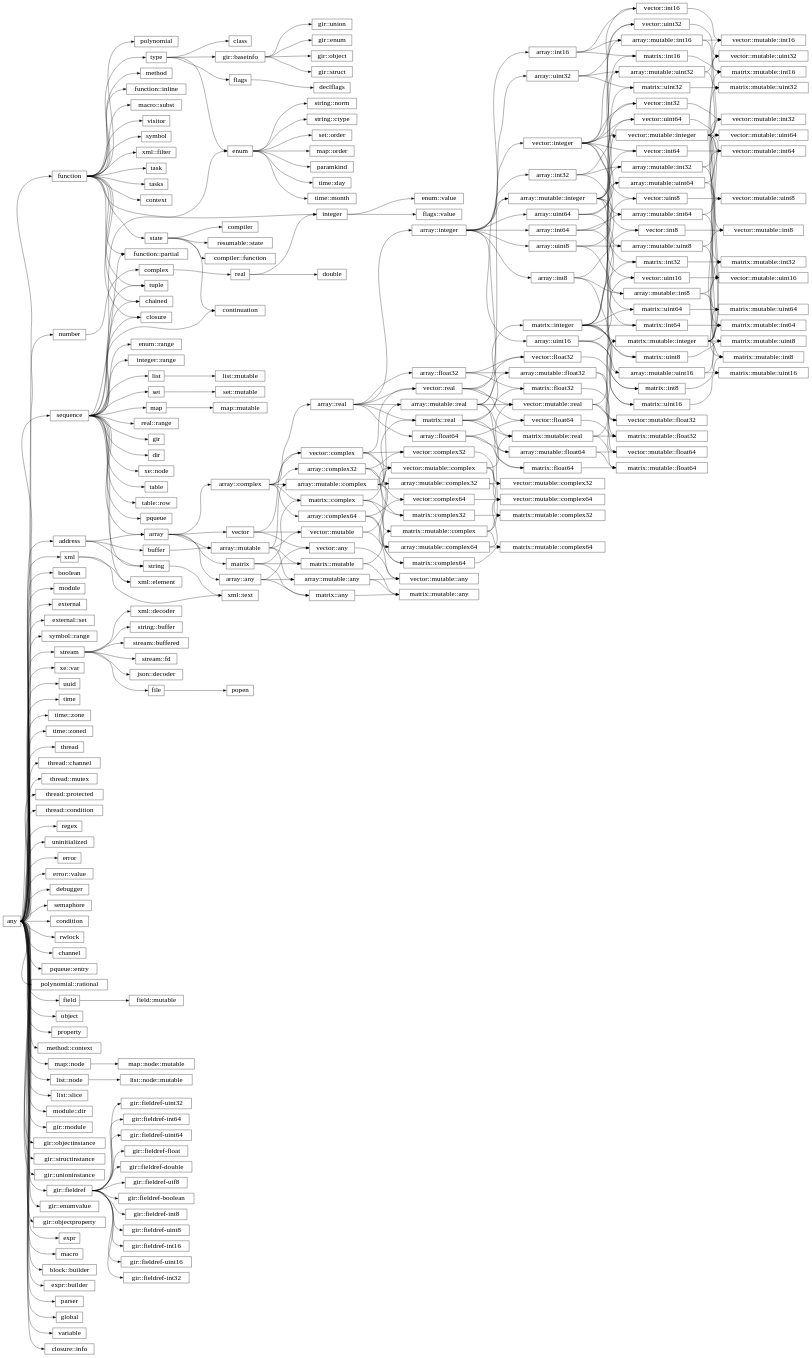
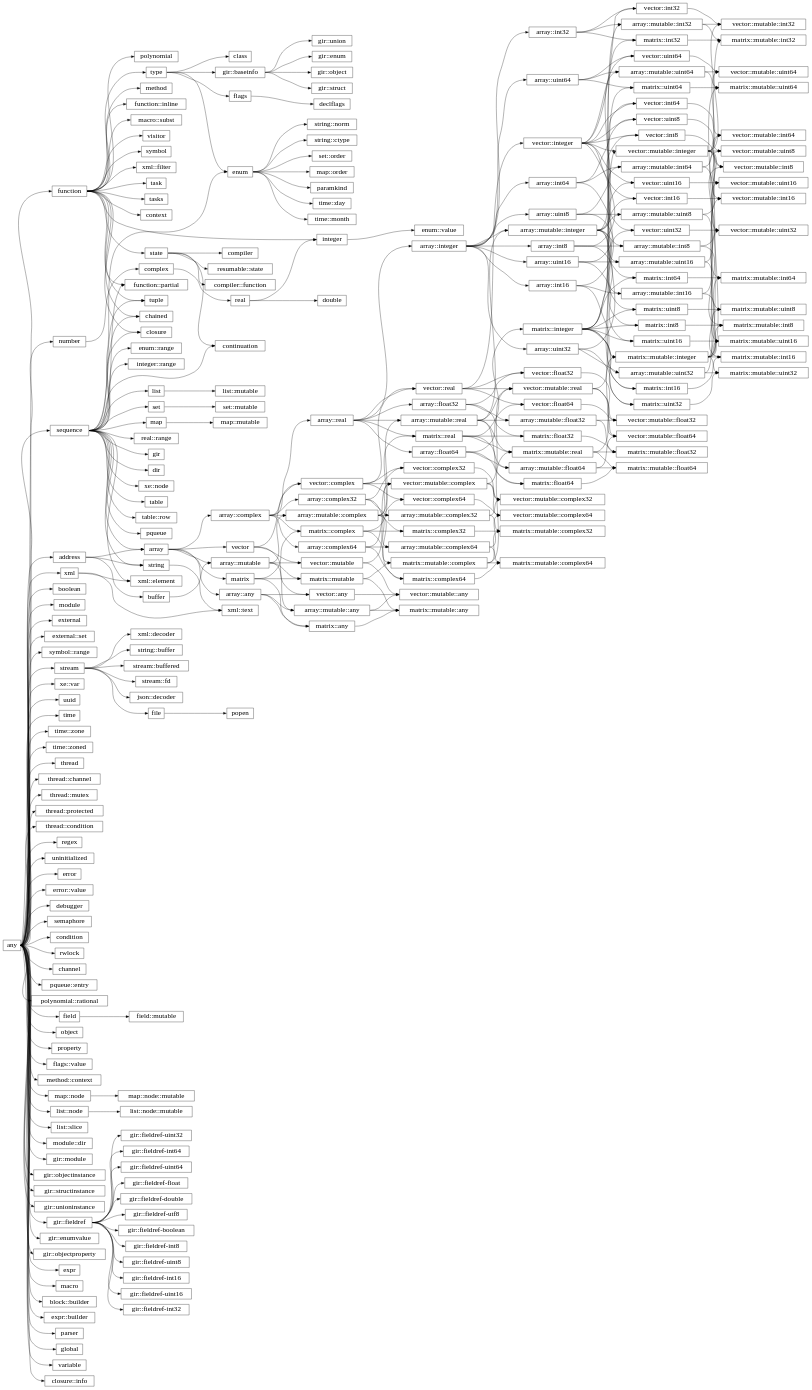
One commit to wrapl/minilang changed the diagram in docs/library/hierarchy.rst. Above: the diagram before and after it, drawn with Graphviz. The commit also changed 8 other files, not shown here.

```diff
--- a/docs/library/hierarchy.rst
+++ b/docs/library/hierarchy.rst
@@ -91,7 +91,7 @@
       "sequence":e -> "enum":w;
       "sequence":e -> "enum::range":w;
       "type":e -> "flags":w;
-      "integer":e -> "flags::value":w;
+      "any":e -> "flags::value":w;
       "any":e -> "number":w;
       "number":e -> "complex":w;
       "complex":e -> "real":w;
```
